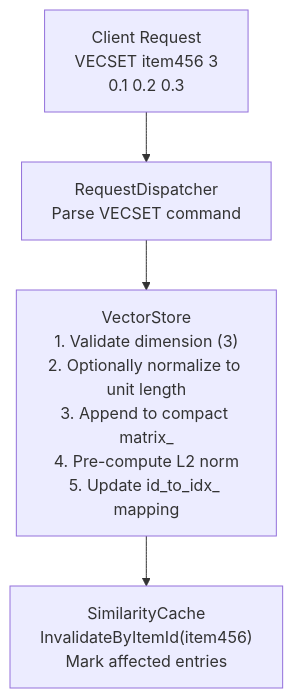
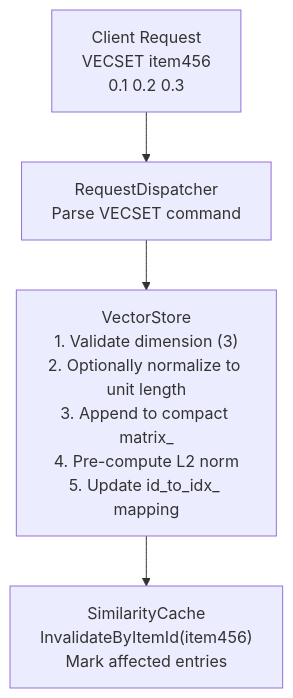
One commit to libraz/nvecd changed the third of 7 diagrams in docs/en/architecture.md. Above: the diagram before and after it, drawn with Mermaid. The commit also changed 21 other files, not shown here.

````diff
--- a/docs/en/architecture.md
+++ b/docs/en/architecture.md
@@ -434,11 +434,11 @@
 ```mermaid
 flowchart TD
-    Client["Client Request<br/>VECSET item456 3<br/>0.1 0.2 0.3"]
+    Client["Client Request<br/>VECSET item456<br/>0.1 0.2 0.3"]
     Dispatcher["RequestDispatcher<br/>Parse VECSET command"]
     VectorStore["VectorStore<br/>1. Validate dimension (3)<br/>2. Optionally normalize to unit length<br/>3. Append to compact matrix_<br/>4. Pre-compute L2 norm<br/>5. Update id_to_idx_ mapping"]
     Cache["SimilarityCache<br/>InvalidateByItemId(item456)<br/>Mark affected entries"]
 
     Client --> Dispatcher
     Dispatcher --> VectorStore
     VectorStore --> Cache
 ```
````
